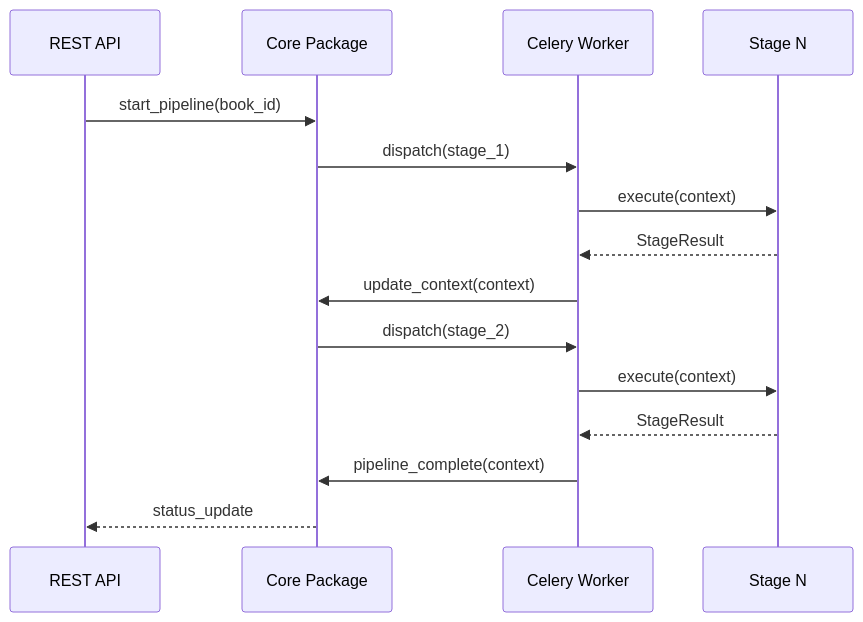
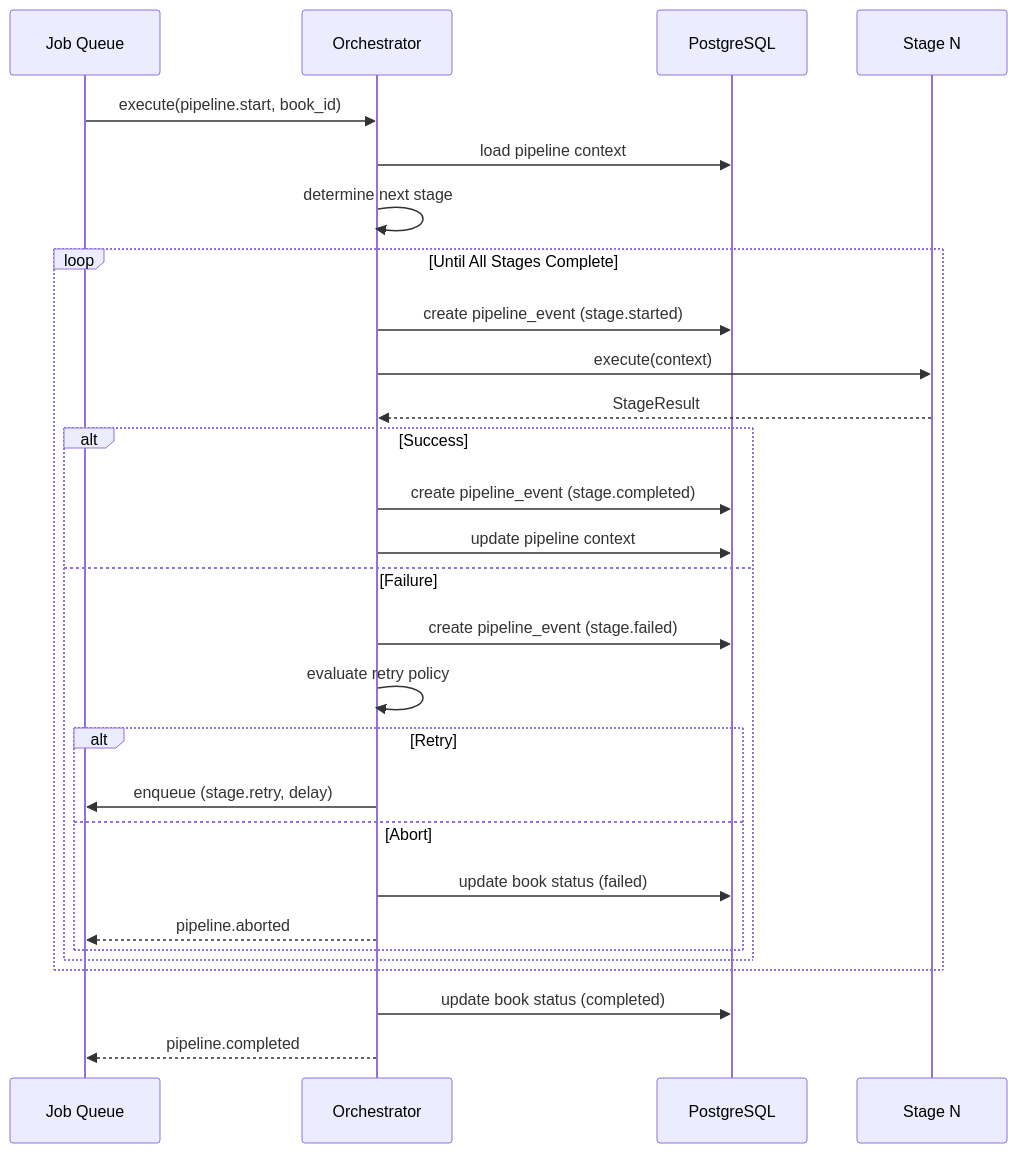
Before and after one commit to dsk-dev-ai/bookforge-ai: the fifth of 6 diagrams in docs/PIPELINE.md, drawn with Mermaid. The commit also changed other lines of this file and 26 other files, not shown here.

Commit message:
docs: design BookForge AI system architecture

````diff
--- a/docs/PIPELINE.md
+++ b/docs/PIPELINE.md
@@ -118,18 +345,33 @@
 ```mermaid
 sequenceDiagram
-    participant API as REST API
-    participant Core as Core Package
-    participant Worker as Celery Worker
-    participant Stage as Stage N
+    participant JQ as Job Queue
+    participant ORCH as Orchestrator
+    participant DB as PostgreSQL
+    participant STAGE as Stage N
 
-    API->>Core: start_pipeline(book_id)
-    Core->>Worker: dispatch(stage_1)
-    Worker->>Stage: execute(context)
-    Stage-->>Worker: StageResult
-    Worker->>Core: update_context(context)
-    Core->>Worker: dispatch(stage_2)
-    Worker->>Stage: execute(context)
-    Stage-->>Worker: StageResult
-    Worker->>Core: pipeline_complete(context)
-    Core-->>API: status_update
+    JQ->>ORCH: execute(pipeline.start, book_id)
+    ORCH->>DB: load pipeline context
+    ORCH->>ORCH: determine next stage
+
+    loop Until All Stages Complete
+        ORCH->>DB: create pipeline_event (stage.started)
+        ORCH->>STAGE: execute(context)
+        STAGE-->>ORCH: StageResult
+        alt Success
+            ORCH->>DB: create pipeline_event (stage.completed)
+            ORCH->>DB: update pipeline context
+        else Failure
+            ORCH->>DB: create pipeline_event (stage.failed)
+            ORCH->>ORCH: evaluate retry policy
+            alt Retry
+                ORCH->>JQ: enqueue (stage.retry, delay)
+            else Abort
+                ORCH->>DB: update book status (failed)
+                ORCH-->>JQ: pipeline.aborted
+            end
+        end
+    end
+
+    ORCH->>DB: update book status (completed)
+    ORCH-->>JQ: pipeline.completed
 ```
````
